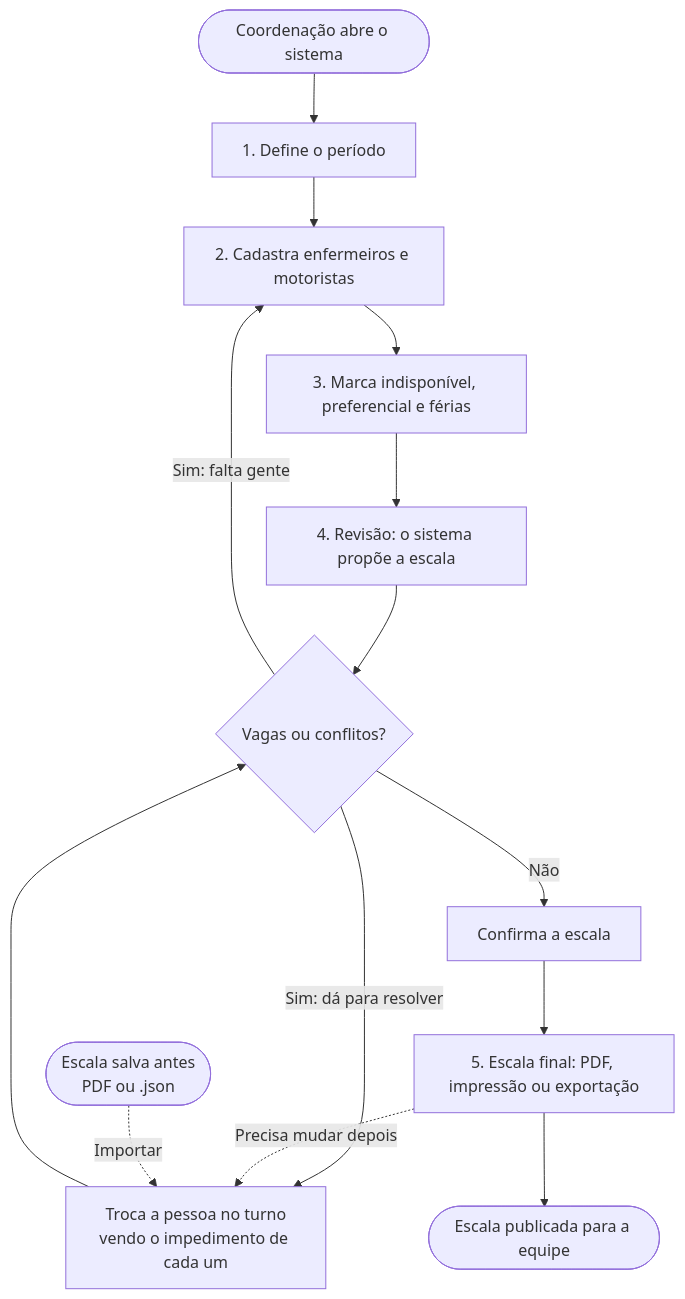
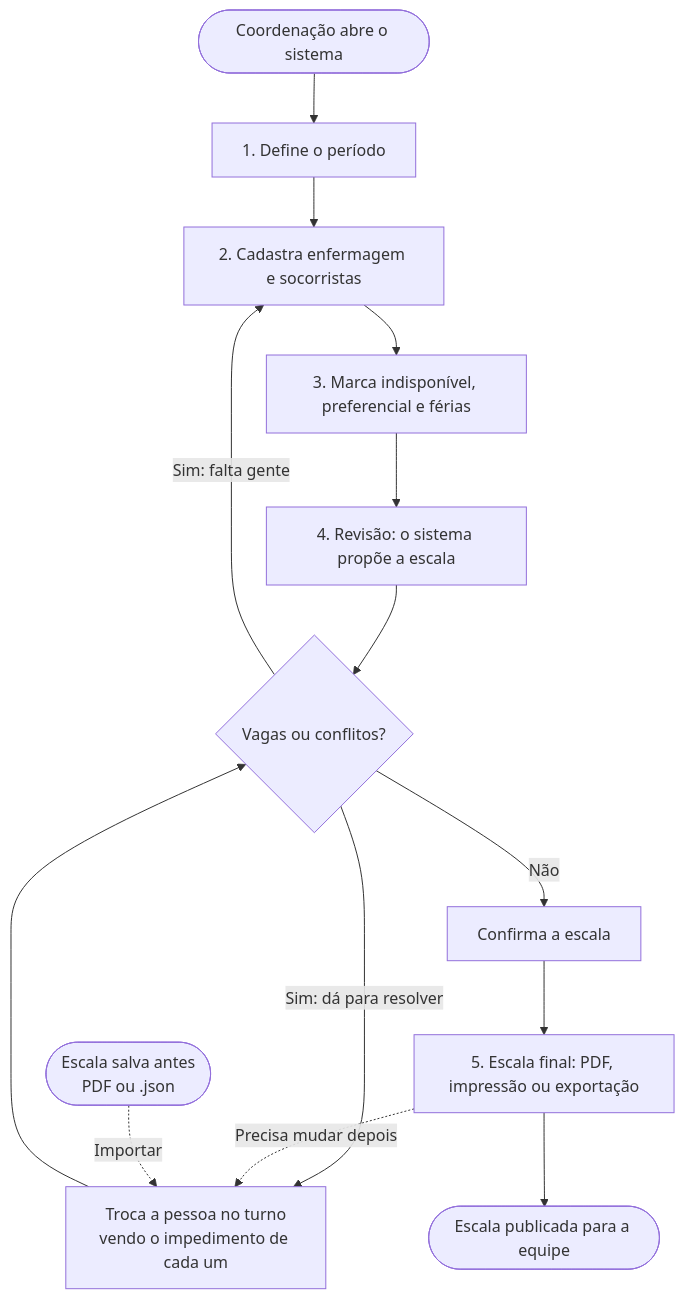
One commit to CarlosAlvesSantosJr/escalas-de-plantao changed the first of 3 diagrams in docs/PORTFOLIO.md. Above: the diagram before and after it, drawn with Mermaid. The commit also changed other lines of this file and 37 other files, not shown here.

````diff
--- a/docs/PORTFOLIO.md
+++ b/docs/PORTFOLIO.md
@@ -70,16 +70,16 @@
 ```mermaid
 flowchart TD
     A([Coordenação abre o sistema]) --> B["1. Define o período"]
-    B --> C["2. Cadastra enfermeiros e motoristas"]
+    B --> C["2. Cadastra enfermagem e socorristas"]
     C --> D["3. Marca indisponível, preferencial e férias"]
     D --> E["4. Revisão: o sistema propõe a escala"]
     E --> F{"Vagas ou conflitos?"}
     F -- "Sim: falta gente" --> C
     F -- "Sim: dá para resolver" --> G["Troca a pessoa no turno<br/>vendo o impedimento de cada um"]
     G --> F
     F -- Não --> H["Confirma a escala"]
     H --> I["5. Escala final: PDF, impressão ou exportação"]
     I --> K([Escala publicada para a equipe])
     I -. "Precisa mudar depois" .-> G
     L(["Escala salva antes<br/>PDF ou .json"]) -. Importar .-> G
 ```
````
